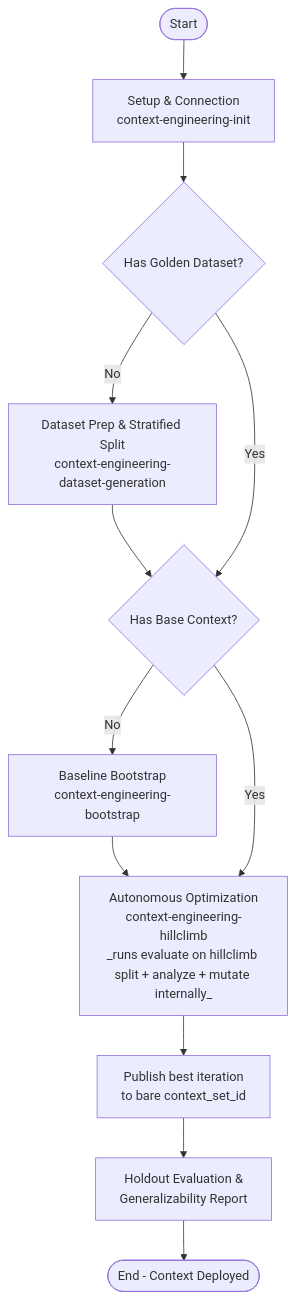
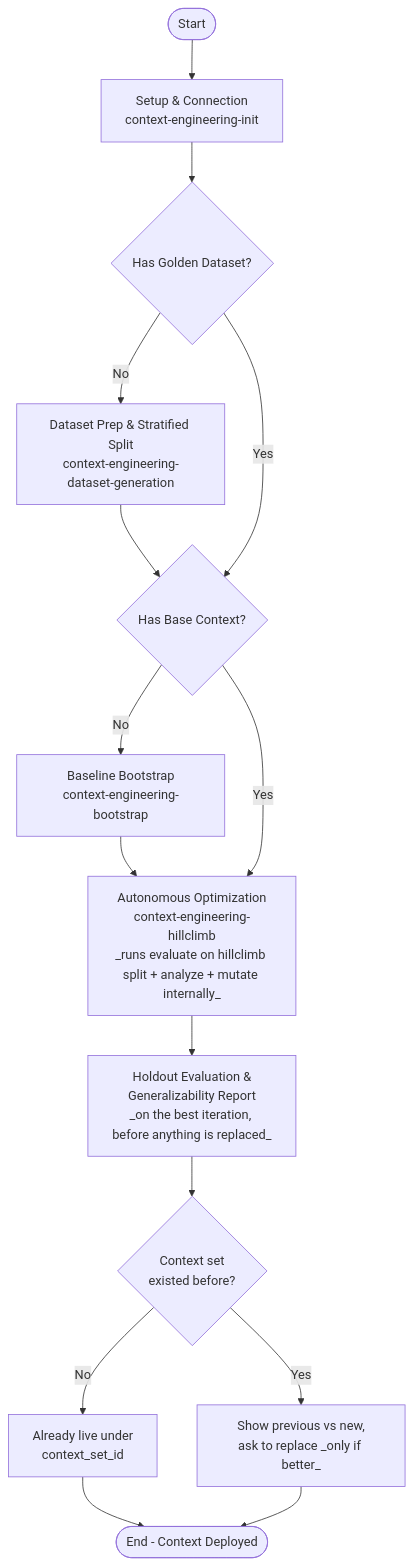
Before and after one commit to kartiknarula27/db-context-enrichment: the diagram in plugin/skills/context-engineering-workflow/SKILL.md, drawn with Mermaid. The commit also changed other lines of this file and 9 other files, not shown here.

````diff
--- a/plugin/skills/context-engineering-workflow/SKILL.md
+++ b/plugin/skills/context-engineering-workflow/SKILL.md
@@ -28,21 +28,27 @@
 ```mermaid
 flowchart TD
     Start([Start]) --> Setup[Setup & Connection
 context-engineering-init]
     Setup --> Dataset{Has Golden Dataset?}
     Dataset -- No --> DatasetPrep[Dataset Prep & Stratified Split
 context-engineering-dataset-generation]
     DatasetPrep --> BaseCheck
     Dataset -- Yes --> BaseCheck{Has Base Context?}
     BaseCheck -- No --> Bootstrap[Baseline Bootstrap
 context-engineering-bootstrap]
     Bootstrap --> Optimize
     BaseCheck -- Yes --> Optimize[Autonomous Optimization
 context-engineering-hillclimb
 _runs evaluate on hillclimb split + analyze + mutate internally_]
-    Optimize --> Publish[Publish best iteration
-to bare context_set_id]
-    Publish --> Holdout[Holdout Evaluation &
-Generalizability Report]
-    Holdout --> End([End - Context Deployed])
+    Optimize --> Holdout[Holdout Evaluation &
+Generalizability Report
+_on the best iteration, before anything is replaced_]
+    Holdout --> Publish{Context set
+existed before?}
+    Publish -- No --> Live[Already live under
+context_set_id]
+    Publish -- Yes --> HITL[Show previous vs new,
+ask to replace _only if better_]
+    Live --> End([End - Context Deployed])
+    HITL --> End
 ```
````
